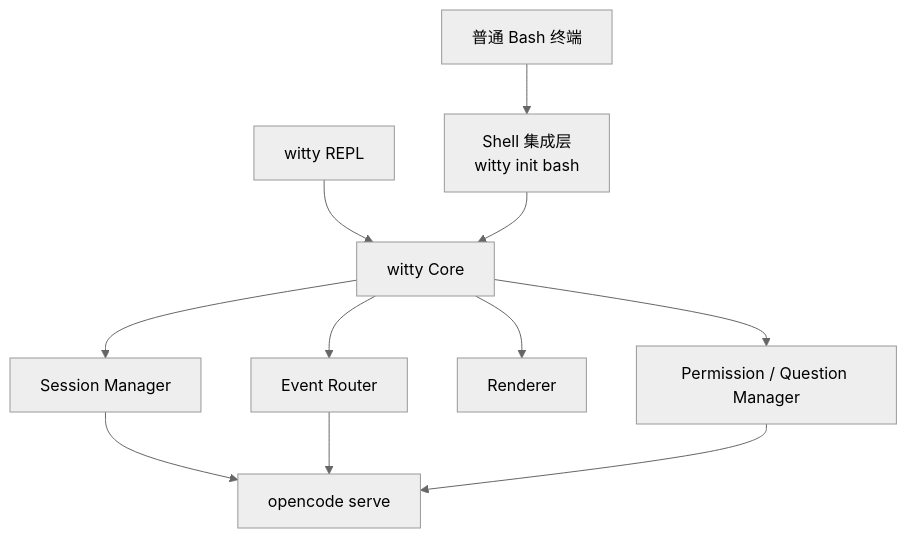
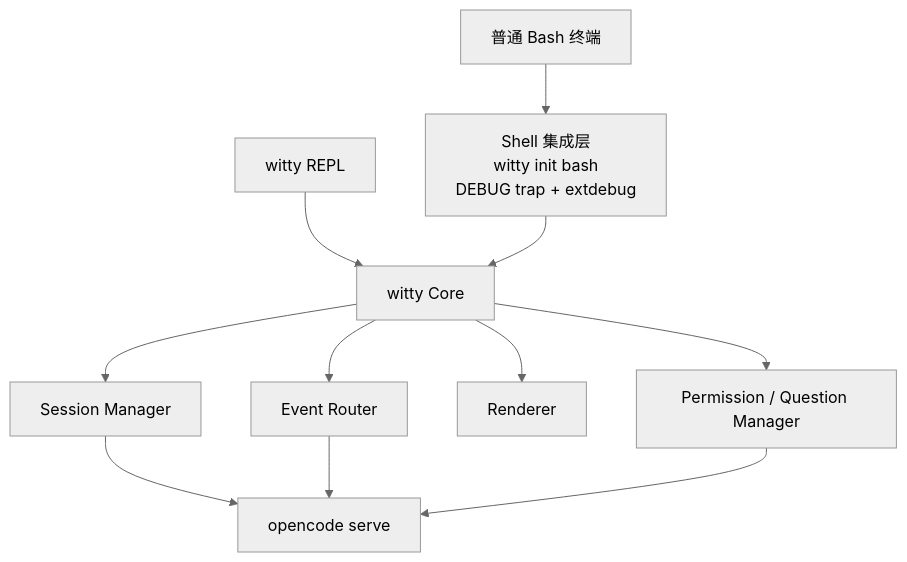
One commit to openeuler-mirror/euler-copilot-shell changed the first of 2 diagrams in docs/design/witty-overview.md. Above: the diagram before and after it, drawn with Mermaid (neutral theme). The commit also changed other lines of this file and 8 other files, not shown here.

First line of the commit message:
feat: switch Shell Adapter to DEBUG trap approach and finalize P1-11

````diff
--- a/docs/design/witty-overview.md
+++ b/docs/design/witty-overview.md
@@ -73,13 +73,13 @@
 ```mermaid
 graph TD
-    A[普通 Bash 终端]:::accent0 --> B[Shell 集成层<br/>witty init bash]
+    A[普通 Bash 终端]:::accent0 --> B[Shell 集成层<br/>witty init bash<br/>DEBUG trap + extdebug]
     C[witty REPL]:::accent1 --> D[witty Core]:::accent2
     B --> D
     D --> E[Session Manager]:::accent3
     D --> F[Event Router]:::accent4
     D --> G[Renderer]:::accent5
     D --> H[Permission / Question Manager]:::accent6
     E --> I[opencode serve]:::accent7
     F --> I
     H --> I
 ```
````
